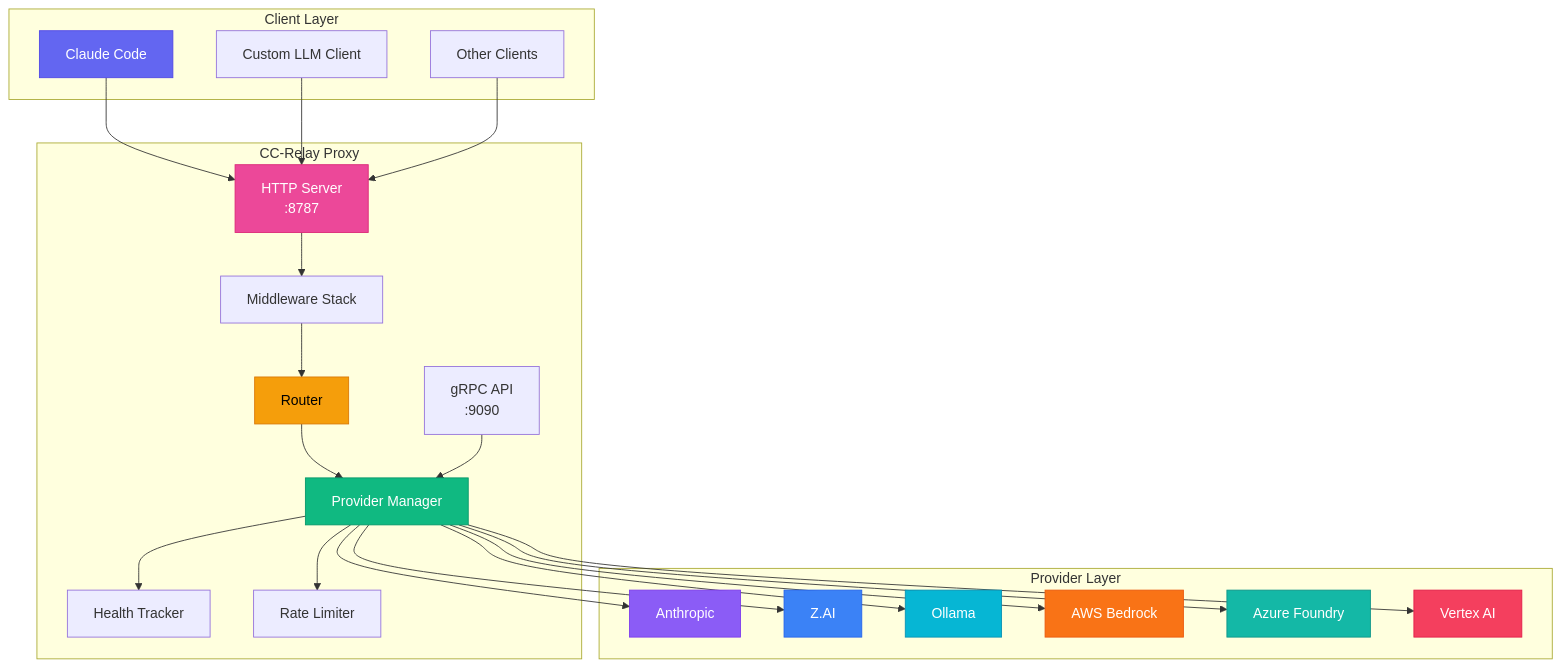
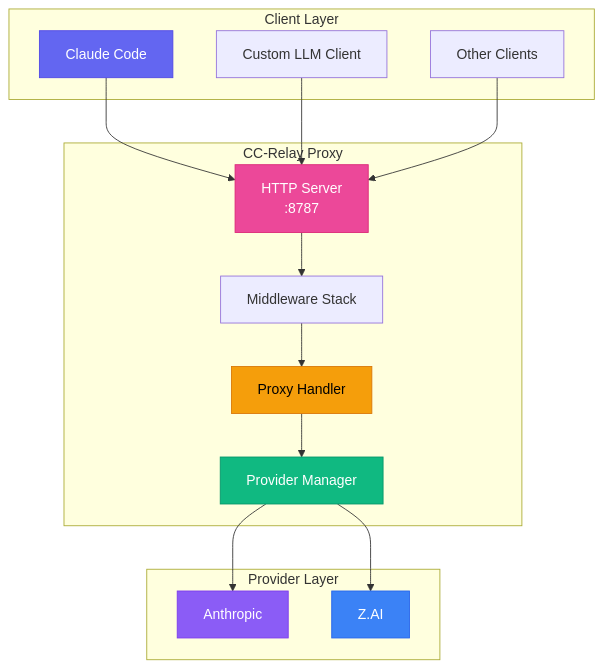
Before and after one commit to omarluq/cc-relay: the first of 5 diagrams in docs-site/content/docs/architecture.md, drawn with Mermaid. The commit also changed other lines of this file and 9 other files, not shown here.

````diff
--- a/docs-site/content/docs/architecture.md
+++ b/docs-site/content/docs/architecture.md
@@ -12,56 +10,37 @@
 ```mermaid
 graph TB
     subgraph "Client Layer"
         A[Claude Code]
         B[Custom LLM Client]
         C[Other Clients]
     end
-    
+
     subgraph "CC-Relay Proxy"
         D[HTTP Server<br/>:8787]
         E[Middleware Stack]
-        F[Router]
+        F[Proxy Handler]
         G[Provider Manager]
-        H[Health Tracker]
-        I[Rate Limiter]
-        J[gRPC API<br/>:9090]
     end
-    
+
     subgraph "Provider Layer"
-        K[Anthropic]
-        L[Z.AI]
-        M[Ollama]
-        N[AWS Bedrock]
-        O[Azure Foundry]
-        P[Vertex AI]
+        H[Anthropic]
+        I[Z.AI]
     end
-    
+
     A --> D
     B --> D
     C --> D
-    
+
     D --> E
     E --> F
     F --> G
     G --> H
     G --> I
-    G --> K
-    G --> L
-    G --> M
-    G --> N
-    G --> O
-    G --> P
-    
-    J --> G
-    
+
     style A fill:#6366f1,stroke:#4f46e5,color:#fff
     style D fill:#ec4899,stroke:#db2777,color:#fff
     style F fill:#f59e0b,stroke:#d97706,color:#000
     style G fill:#10b981,stroke:#059669,color:#fff
-    style K fill:#8b5cf6,stroke:#7c3aed,color:#fff
-    style L fill:#3b82f6,stroke:#2563eb,color:#fff
-    style M fill:#06b6d4,stroke:#0891b2,color:#fff
-    style N fill:#f97316,stroke:#ea580c,color:#fff
-    style O fill:#14b8a6,stroke:#0d9488,color:#fff
-    style P fill:#f43f5e,stroke:#e11d48,color:#fff
+    style H fill:#8b5cf6,stroke:#7c3aed,color:#fff
+    style I fill:#3b82f6,stroke:#2563eb,color:#fff
 ```
````
